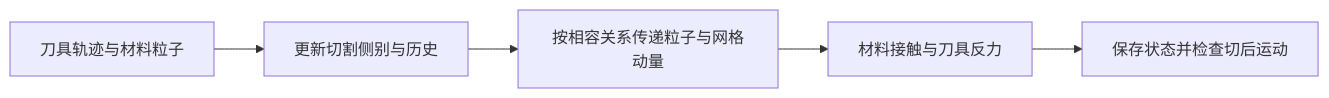
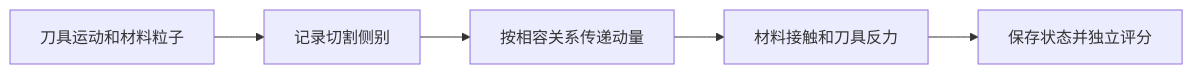
Before and after one commit to CloudEngineHub/every-embodied: the diagram in 10-具身智能其他仿真工具及仿真前沿/13-BladeMaster与DexLab柔体切割/README.md, drawn with Mermaid. The commit also changed other lines of this file, not shown here.

````diff
--- a/10-具身智能其他仿真工具及仿真前沿/13-BladeMaster与DexLab柔体切割/README.md
+++ b/10-具身智能其他仿真工具及仿真前沿/13-BladeMaster与DexLab柔体切割/README.md
@@ -15,7 +87,7 @@
 ```mermaid
 flowchart LR
-    A[刀具轨迹与材料粒子] --> B[更新切割侧别与历史]
-    B --> C[按相容关系传递粒子与网格动量]
-    C --> D[材料接触与刀具反力]
-    D --> E[保存状态并检查切后运动]
+    A[刀具运动和材料粒子] --> B[记录切割侧别]
+    B --> C[按相容关系传递动量]
+    C --> D[材料接触和刀具反力]
+    D --> E[保存状态并独立评分]
 ```
````
